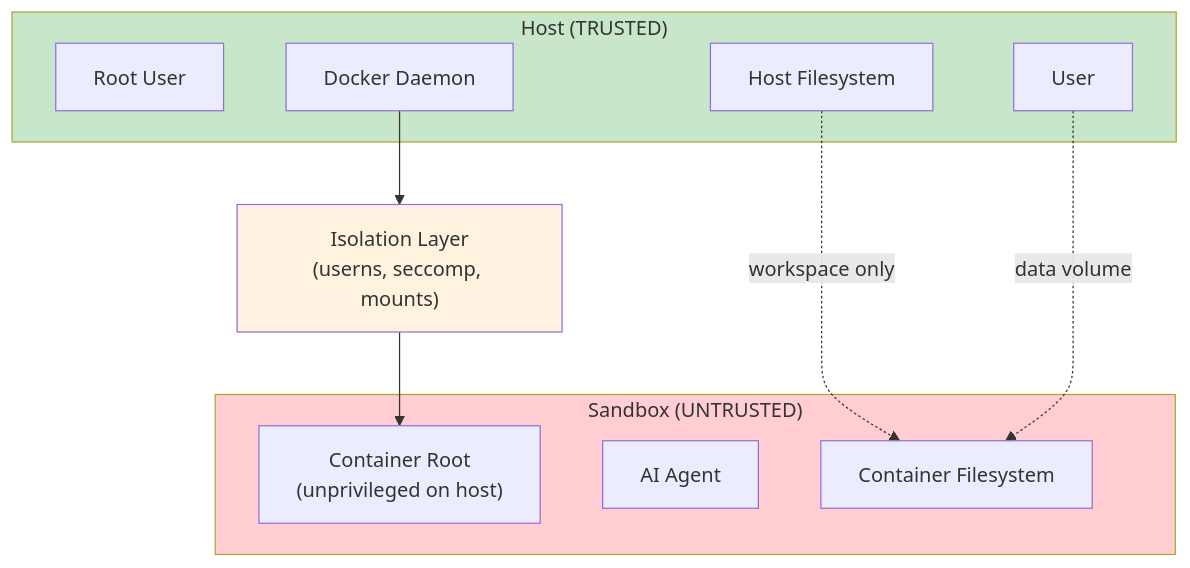
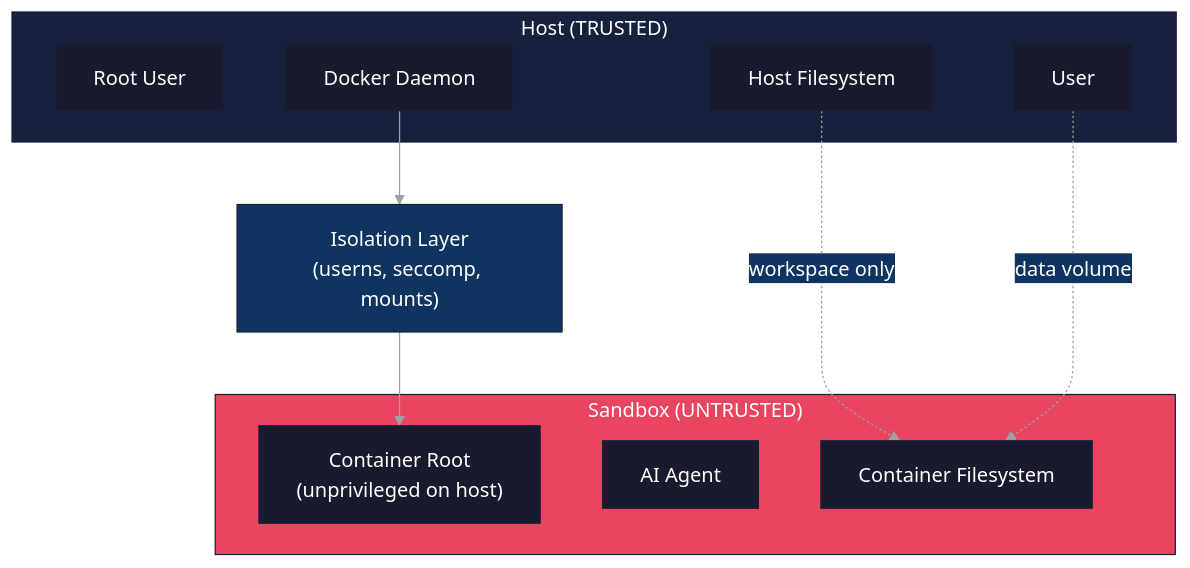
One commit to novotnyllc/ContainAI changed the eighth of 8 diagrams in docs/architecture.md. Above: the diagram before and after it, drawn with Mermaid. The commit also changed other lines of this file and 45 other files, not shown here.

````diff
--- a/docs/architecture.md
+++ b/docs/architecture.md
@@ -341,27 +438,37 @@
 ```mermaid
+%%{init: {'theme': 'base', 'themeVariables': {
+  'primaryColor': '#1a1a2e',
+  'primaryTextColor': '#ffffff',
+  'primaryBorderColor': '#16213e',
+  'secondaryColor': '#0f3460',
+  'tertiaryColor': '#1a1a2e',
+  'lineColor': '#a0a0a0',
+  'textColor': '#ffffff',
+  'background': '#0d1117'
+}}}%%
 flowchart TB
     subgraph Host["Host (TRUSTED)"]
         HostRoot["Root User"]
         HostUser["User"]
         HostDocker["Docker Daemon"]
         HostFS["Host Filesystem"]
     end
 
     IsolationLayer["Isolation Layer<br/>(userns, seccomp, mounts)"]
 
     subgraph Sandbox["Sandbox (UNTRUSTED)"]
         SandboxRoot["Container Root<br/>(unprivileged on host)"]
         AgentProc["AI Agent"]
         SandboxFS["Container Filesystem"]
     end
 
     HostDocker --> IsolationLayer
     IsolationLayer --> SandboxRoot
 
     HostFS -.->|"workspace only"| SandboxFS
     HostUser -.->|"data volume"| SandboxFS
 
-    style Host fill:#c8e6c9
-    style IsolationLayer fill:#fff3e0
-    style Sandbox fill:#ffcdd2
+    style Host fill:#16213e,stroke:#16213e,color:#fff
+    style IsolationLayer fill:#0f3460,stroke:#16213e,color:#fff
+    style Sandbox fill:#e94560,stroke:#16213e,color:#fff
 ```
````
